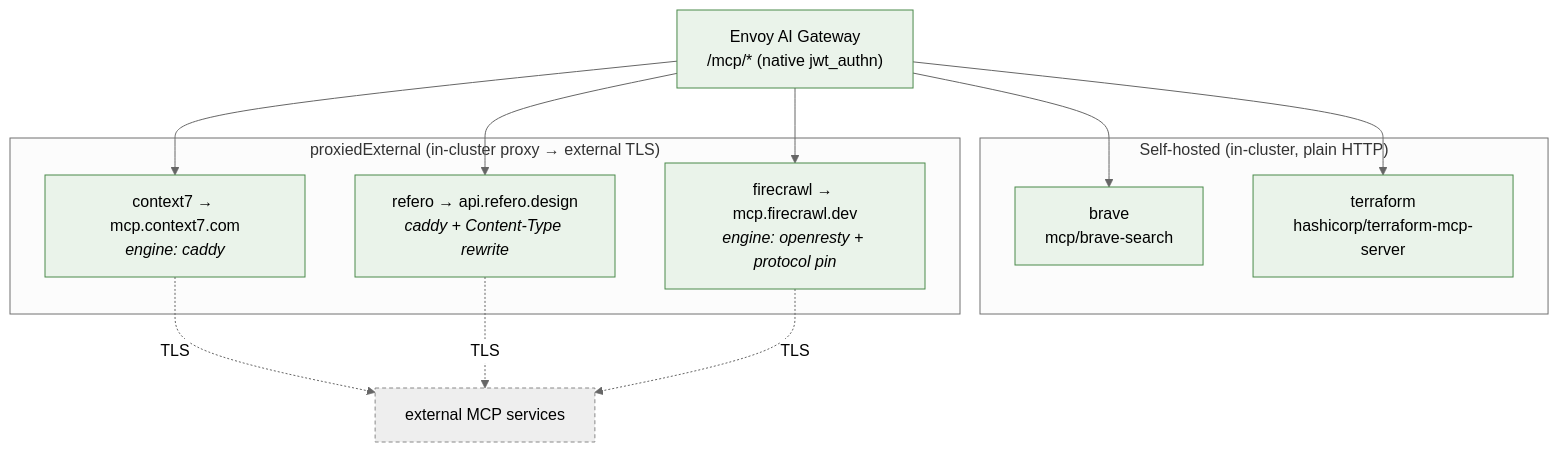
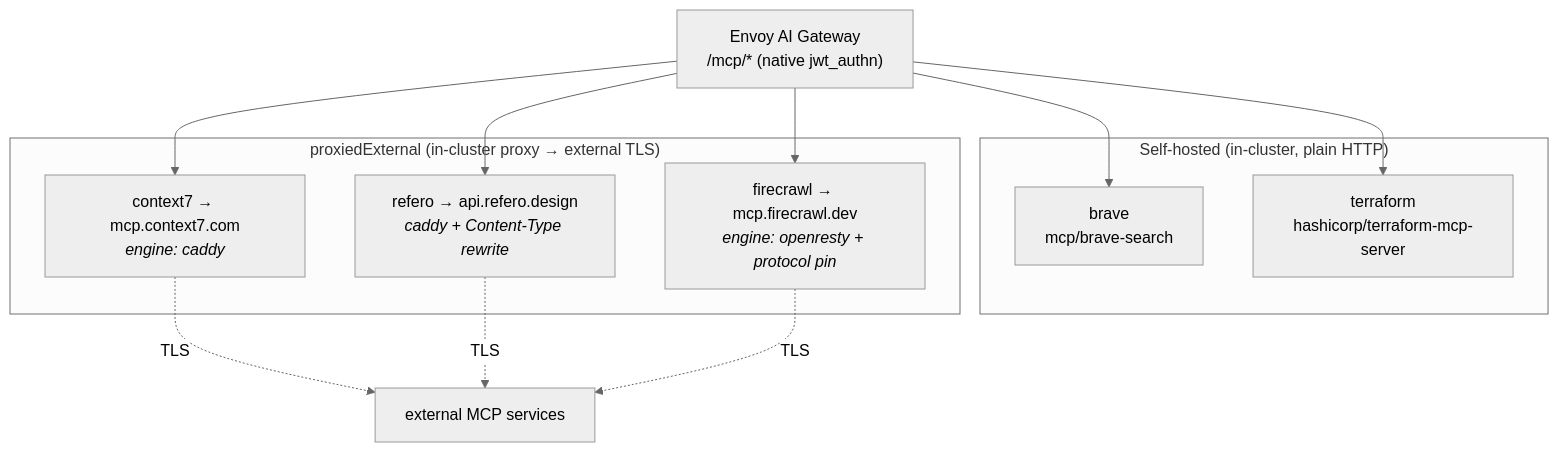
Before and after one commit to ADORSYS-GIS/ai-helm: the first of 4 diagrams in docs/architecture/10-mcp.md, drawn with Mermaid (neutral theme). The commit also changed other lines of this file and 13 other files, not shown here.

First line of the commit message:
docs(architecture): uncolor all mermaid; refresh CD/components; add diagrams

````diff
--- a/docs/architecture/10-mcp.md
+++ b/docs/architecture/10-mcp.md
@@ -11,25 +11,23 @@
 ```mermaid
 flowchart TB
-    GW["Envoy AI Gateway<br/>/mcp/* (native jwt_authn)"]:::own
+    GW["Envoy AI Gateway<br/>/mcp/* (native jwt_authn)"]
 
     subgraph self["Self-hosted (in-cluster, plain HTTP)"]
-        BRAVE["brave<br/>mcp/brave-search"]:::own
-        TF["terraform<br/>hashicorp/terraform-mcp-server"]:::own
+        BRAVE["brave<br/>mcp/brave-search"]
+        TF["terraform<br/>hashicorp/terraform-mcp-server"]
     end
     subgraph proxied["proxiedExternal (in-cluster proxy → external TLS)"]
-        CTX["context7 → mcp.context7.com<br/><i>engine: caddy</i>"]:::own
-        REF["refero → api.refero.design<br/><i>caddy + Content-Type rewrite</i>"]:::own
-        FC["firecrawl → mcp.firecrawl.dev<br/><i>engine: openresty + protocol pin</i>"]:::own
+        CTX["context7 → mcp.context7.com<br/><i>engine: caddy</i>"]
+        REF["refero → api.refero.design<br/><i>caddy + Content-Type rewrite</i>"]
+        FC["firecrawl → mcp.firecrawl.dev<br/><i>engine: openresty + protocol pin</i>"]
     end
 
-    EXT["external MCP services"]:::ext
+    EXT["external MCP services"]
 
     GW --> BRAVE & TF
     GW --> CTX & REF & FC
     CTX -.TLS.-> EXT
     REF -.TLS.-> EXT
     FC -.TLS.-> EXT
 
-    classDef own fill:#eaf3ea,stroke:#4a8a4a;
-    classDef ext fill:#eee,stroke:#888,stroke-dasharray:4 3;
 ```
````
